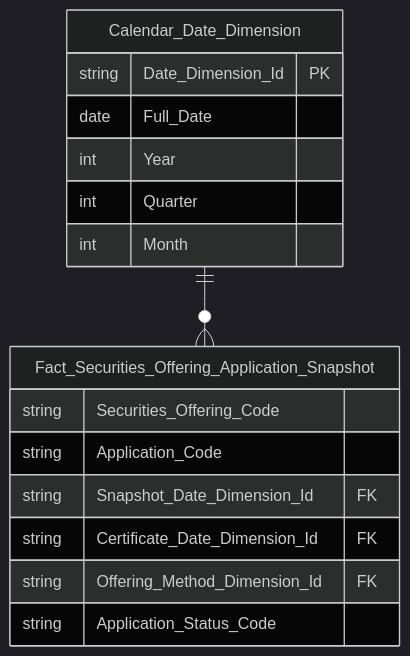
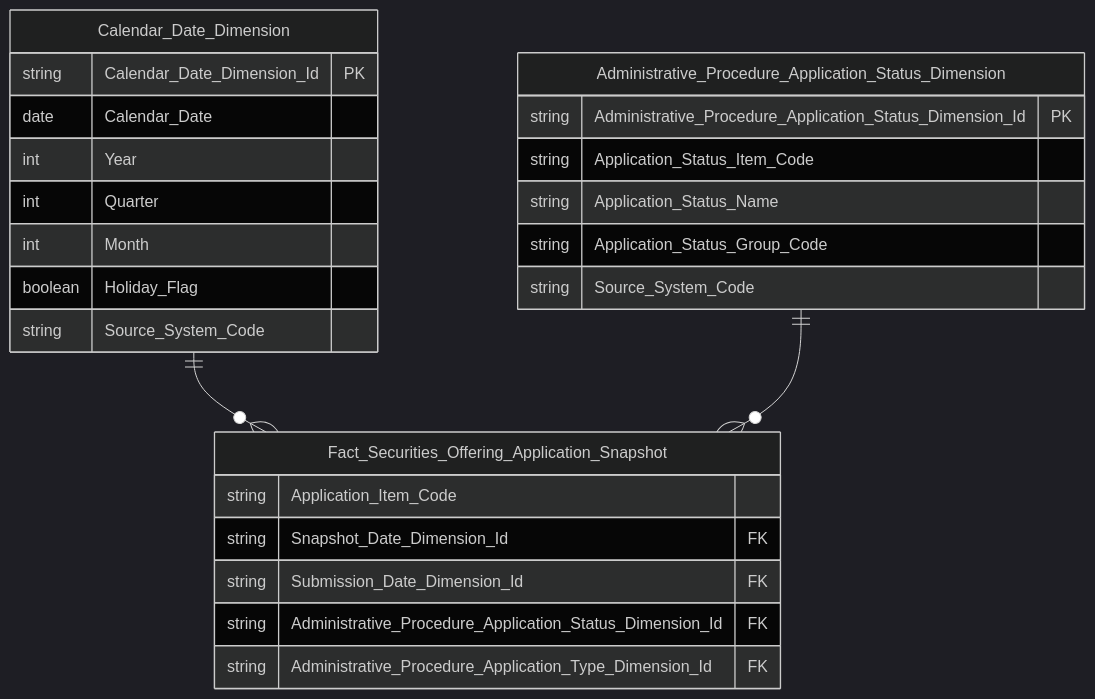
Before and after one commit to linhlvit/ubck_atomic_design: diagram 14 of 22 in Datamart/hld/DTM_QLCB_HLD.md, drawn with Mermaid (dark theme). The commit also changed other lines of this file and 13 other files, not shown here.

````diff
--- a/Datamart/hld/DTM_QLCB_HLD.md
+++ b/Datamart/hld/DTM_QLCB_HLD.md
@@ -751,20 +800,30 @@
 ```mermaid
 erDiagram
     Calendar_Date_Dimension ||--o{ Fact_Securities_Offering_Application_Snapshot : " "
 
     Calendar_Date_Dimension {
-        string Date_Dimension_Id PK
-        date Full_Date
+        string Calendar_Date_Dimension_Id PK
+        date Calendar_Date
         int Year
         int Quarter
         int Month
+        boolean Holiday_Flag
+        string Source_System_Code
+    }
+    Administrative_Procedure_Application_Status_Dimension ||--o{ Fact_Securities_Offering_Application_Snapshot : " "
+
+    Administrative_Procedure_Application_Status_Dimension {
+        string Administrative_Procedure_Application_Status_Dimension_Id PK
+        string Application_Status_Item_Code
+        string Application_Status_Name
+        string Application_Status_Group_Code
+        string Source_System_Code
     }
     Fact_Securities_Offering_Application_Snapshot {
-        string Securities_Offering_Code
-        string Application_Code
+        string Application_Item_Code
         string Snapshot_Date_Dimension_Id FK
-        string Certificate_Date_Dimension_Id FK
-        string Offering_Method_Dimension_Id FK
-        string Application_Status_Code
+        string Submission_Date_Dimension_Id FK
+        string Administrative_Procedure_Application_Status_Dimension_Id FK
+        string Administrative_Procedure_Application_Type_Dimension_Id FK
     }
 ```
````
